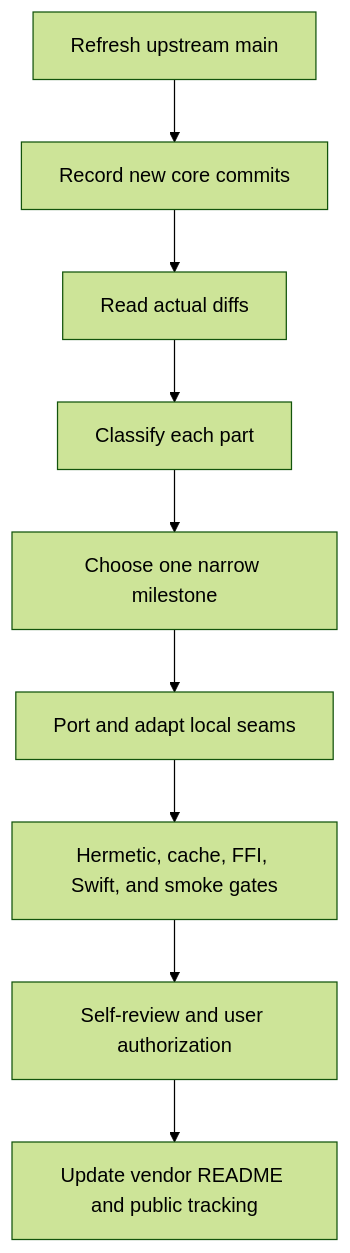
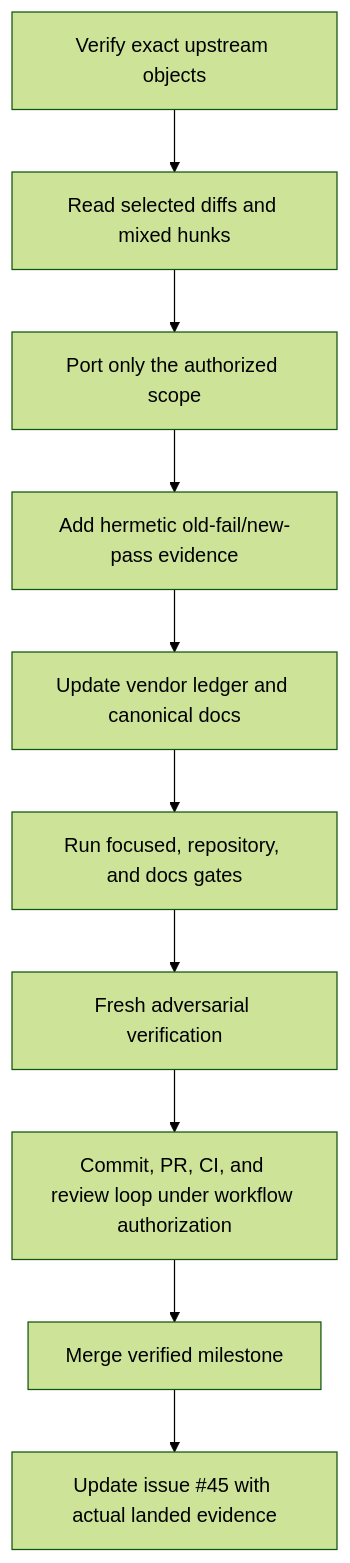
One commit to Nanako0129/TokenBar changed the second of 2 diagrams in docs/knowledge/plans/tokscale-alignment.md. Above: the diagram before and after it, drawn with Mermaid (forest theme). The commit also changed other lines of this file and 2 other files, not shown here.

First line of the commit message:
docs(vendor): record complete tokscale alignment

````diff
--- a/docs/knowledge/plans/tokscale-alignment.md
+++ b/docs/knowledge/plans/tokscale-alignment.md
@@ -30,11 +135,12 @@
 ```mermaid
 flowchart TD
-    REF[Refresh upstream main] --> INVENTORY[Record new core commits]
-    INVENTORY --> DIFF[Read actual diffs]
-    DIFF --> MATRIX[Classify each part]
-    MATRIX --> SELECT[Choose one narrow milestone]
-    SELECT --> FIX[Port and adapt local seams]
-    FIX --> TEST[Hermetic, cache, FFI, Swift, and smoke gates]
-    TEST --> REVIEW[Self-review and user authorization]
-    REVIEW --> LEDGER[Update vendor README and public tracking]
+    REF[Verify exact upstream objects] --> DIFF[Read selected diffs and mixed hunks]
+    DIFF --> PORT[Port only the authorized scope]
+    PORT --> FIXTURE[Add hermetic old-fail/new-pass evidence]
+    FIXTURE --> DOCS[Update vendor ledger and canonical docs]
+    DOCS --> GATES[Run focused, repository, and docs gates]
+    GATES --> VERIFY[Fresh adversarial verification]
+    VERIFY --> PR[Commit, PR, CI, and review loop under workflow authorization]
+    PR --> MERGE[Merge verified milestone]
+    MERGE --> ISSUE[Update issue #45 with actual landed evidence]
 ```
````
